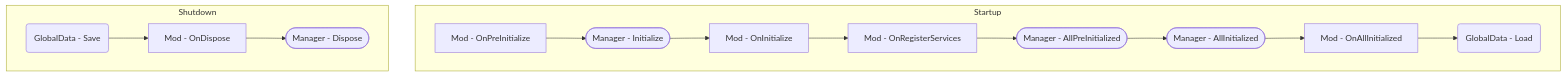
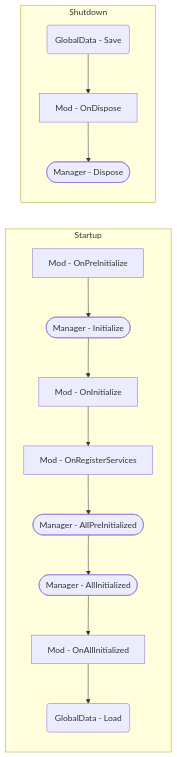
One commit to BrandenEK/Blasphemous.ModdingAPI changed the diagram in docs/development/execution.md. Above: the diagram before and after it, drawn with Mermaid.

Commit message:
docs: test different direction

````diff
--- a/docs/development/execution.md
+++ b/docs/development/execution.md
@@ -7,28 +7,28 @@
 ```mermaid
-flowchart TD
+flowchart RL
     A[Mod - OnPreInitialize]
     B([Manager - Initialize])
     C[Mod - OnInitialize]
     D[Mod - OnRegisterServices]
     E([Manager - AllPreInitialized])
     F([Manager - AllInitialized])
     G[Mod - OnAllInitialized]
     H(GlobalData - Load)
     X(GlobalData - Save)
     Y[Mod - OnDispose]
     Z([Manager - Dispose])
 
     subgraph Startup
     A-->B
     B-->C
     C-->D
     D-->E
     E-->F
     F-->G
     G-->H
     end
     subgraph Shutdown
     X-->Y
     Y-->Z
     end
 ```
````
